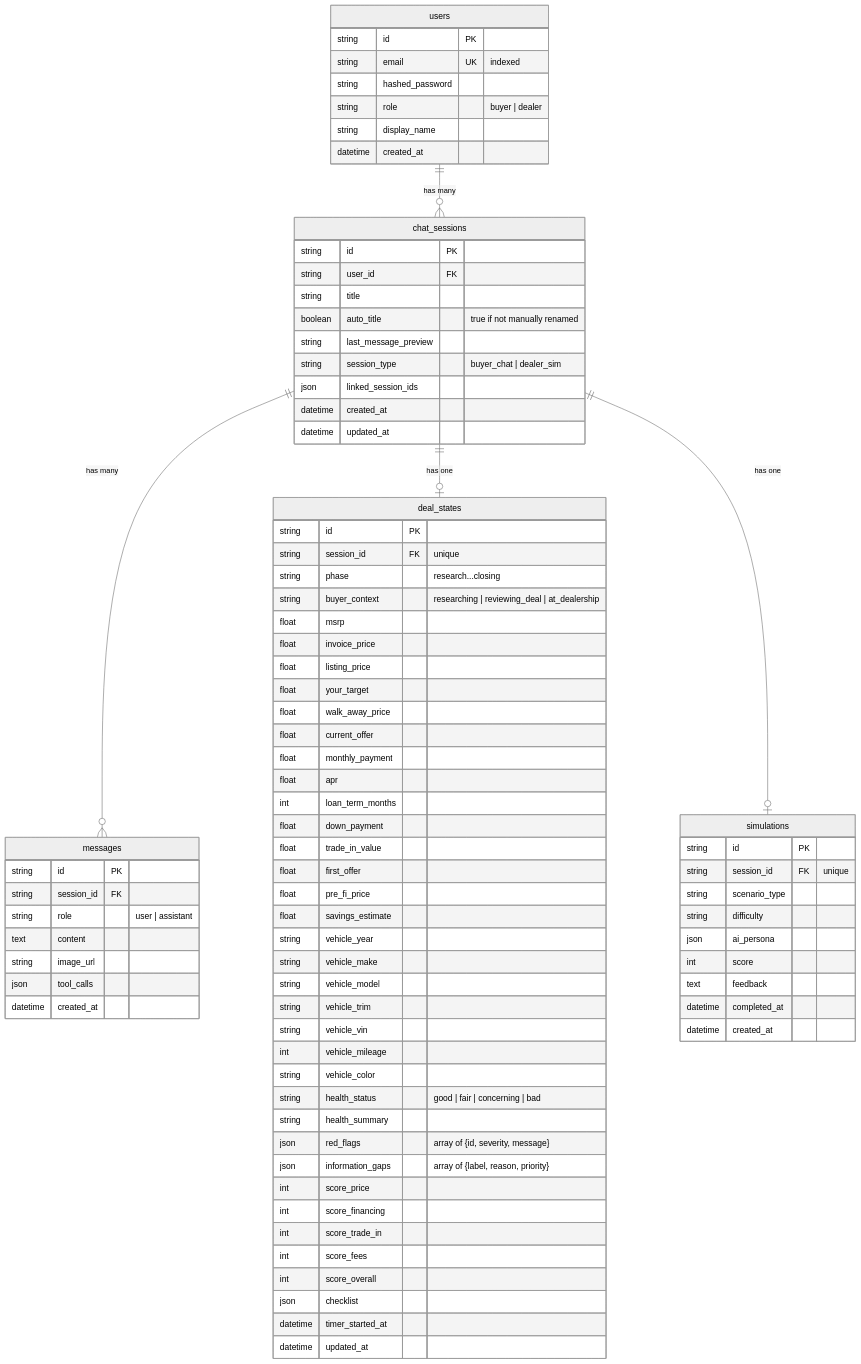
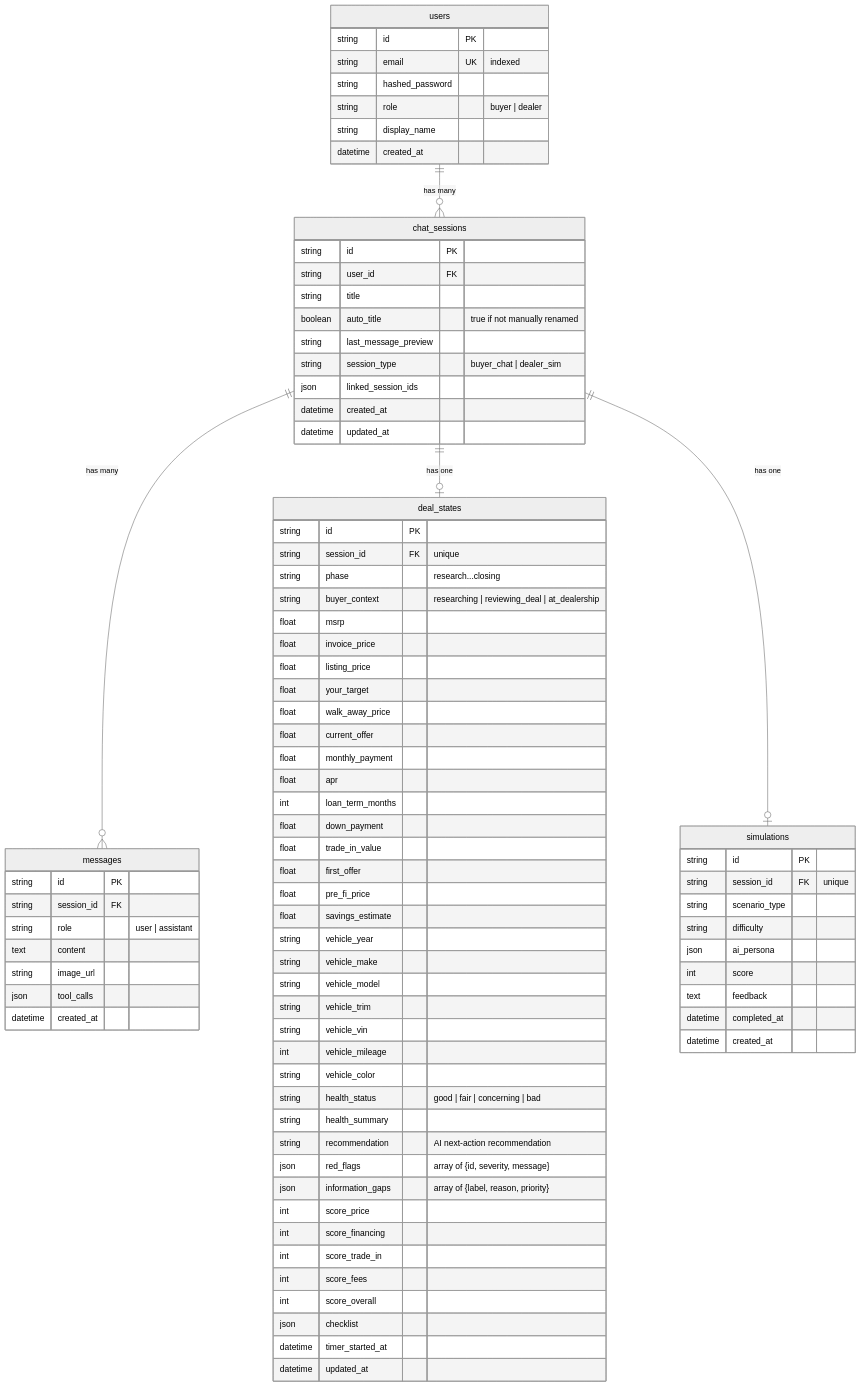
Before and after one commit to kramersmith/dealership-ai: the second of 2 diagrams in docs/TRD.md, drawn with Mermaid (neutral theme). The commit also changed other lines of this file and 32 other files, not shown here.

```diff
--- a/docs/TRD.md
+++ b/docs/TRD.md
@@ -361,6 +361,7 @@
         string vehicle_color
         string health_status "good | fair | concerning | bad"
         string health_summary
+        string recommendation "AI next-action recommendation"
         json red_flags "array of {id, severity, message}"
         json information_gaps "array of {label, reason, priority}"
         int score_price
```
